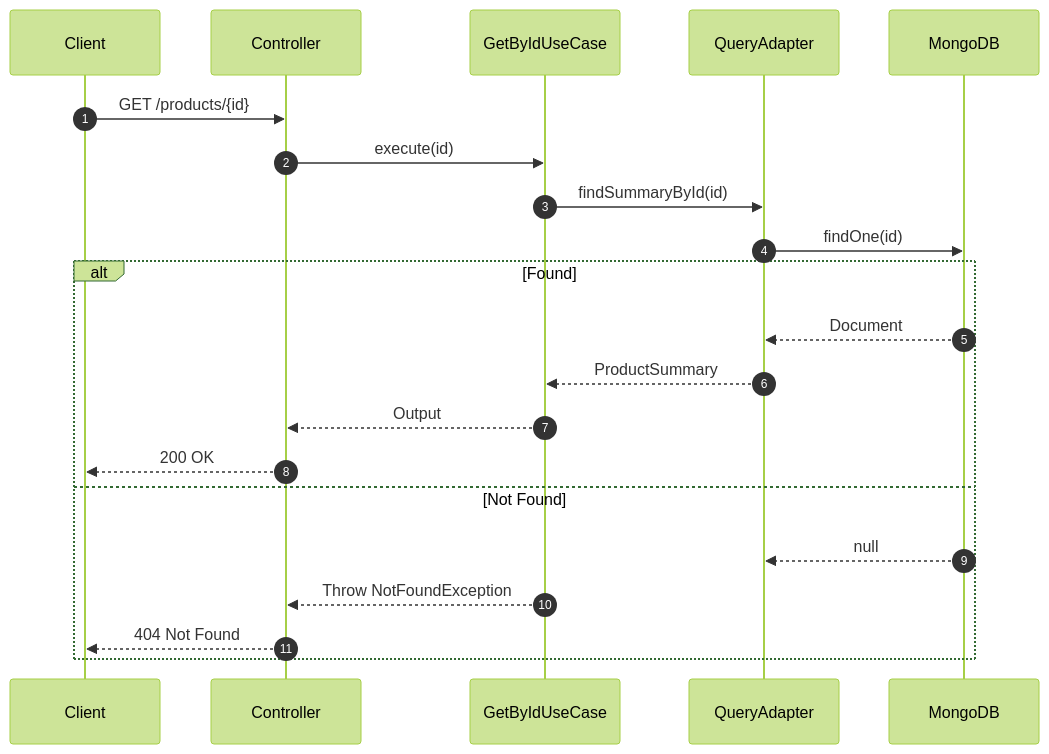
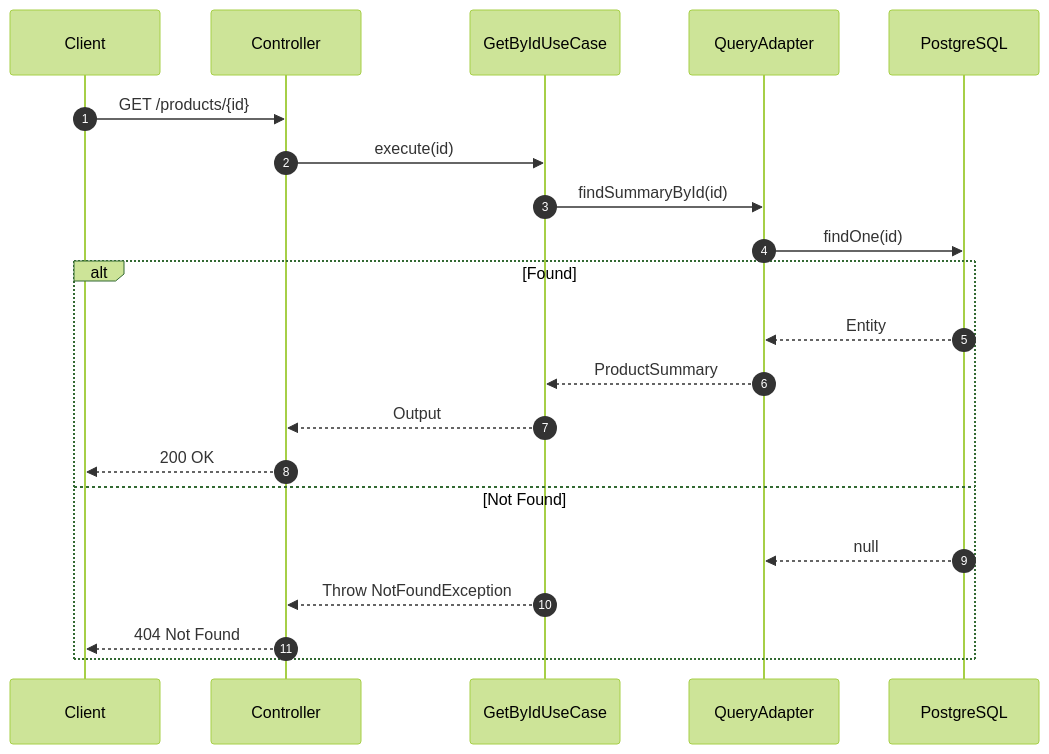
One commit to wallanpsantos/ms-product-catalog changed the sixth of 11 diagrams in README.md. Above: the diagram before and after it, drawn with Mermaid (forest theme). The commit also changed other lines of this file and 7 other files, not shown here.

First line of the commit message:
docs: atualiza documentação para refletir migração de MongoDB para PostgreSQL

````diff
--- a/README.md
+++ b/README.md
@@ -417,23 +417,23 @@
 ```mermaid
 sequenceDiagram
     autonumber
     participant C as Client
     participant CTRL as Controller
     participant UC as GetByIdUseCase
     participant GW as QueryAdapter
-    participant DB as MongoDB
+    participant DB as PostgreSQL
     C ->> CTRL: GET /products/{id}
     CTRL ->> UC: execute(id)
     UC ->> GW: findSummaryById(id)
     GW ->> DB: findOne(id)
     alt Found
-        DB -->> GW: Document
+        DB -->> GW: Entity
         GW -->> UC: ProductSummary
         UC -->> CTRL: Output
         CTRL -->> C: 200 OK
     else Not Found
         DB -->> GW: null
         UC -->> CTRL: Throw NotFoundException
         CTRL -->> C: 404 Not Found
     end
 ```
````
